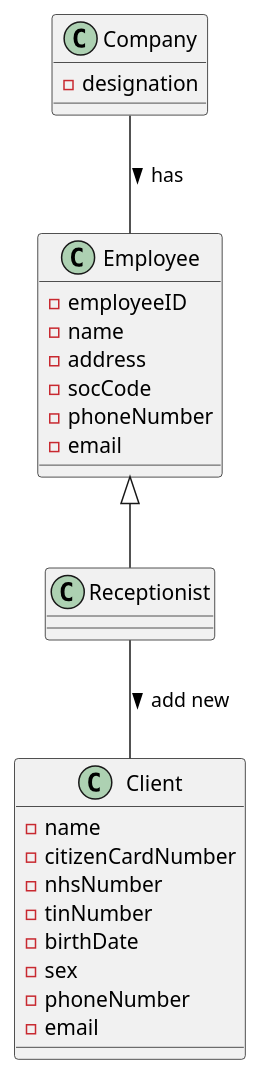
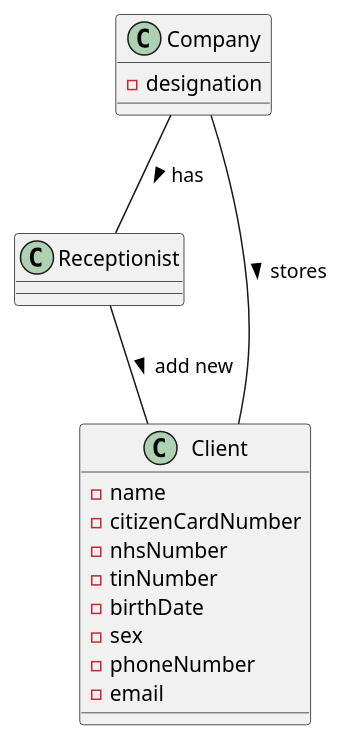
The diagram in docs/SprintB/US3/US03_MD.puml (GuilhermeCunha79/lapr2), drawn with PlantUML before and after one commit. The commit also changed 4 other files, not shown here.

```diff
--- a/docs/SprintB/US3/US03_MD.puml
+++ b/docs/SprintB/US3/US03_MD.puml
@@ -1,31 +1,22 @@
 @startuml
 'https://plantuml.com/sequence-diagram
 
-Company -- Employee :> has
-Employee <|-- Receptionist
+Company -- Receptionist :> has
+Company -- Client :> stores
 Receptionist -- Client :> add new
 
 class Client{
 -name
 -citizenCardNumber
 -nhsNumber
 -tinNumber
 -birthDate
 -sex
 -phoneNumber
 -email
 }
 
-class Employee{
--employeeID
--name
--address
--socCode
--phoneNumber
--email
-}
-
 class Company{
 -designation
 }
 @enduml
```
